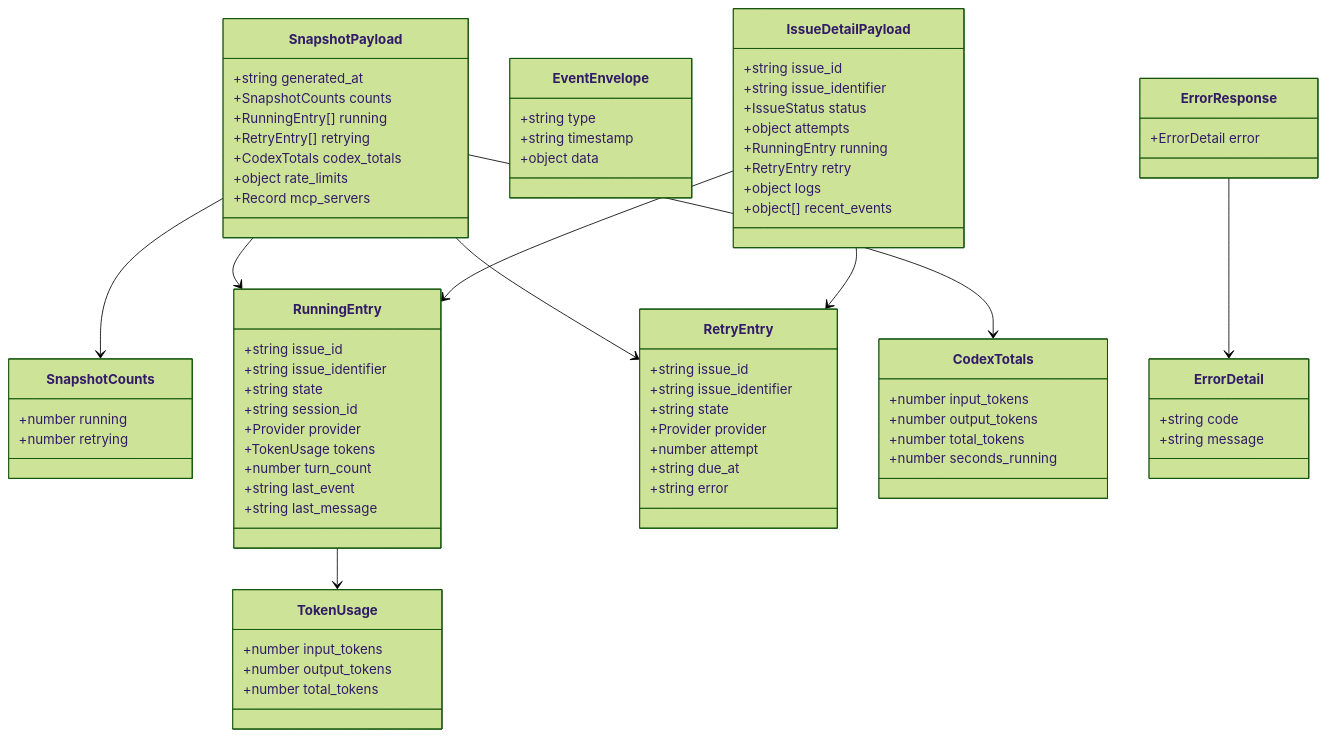
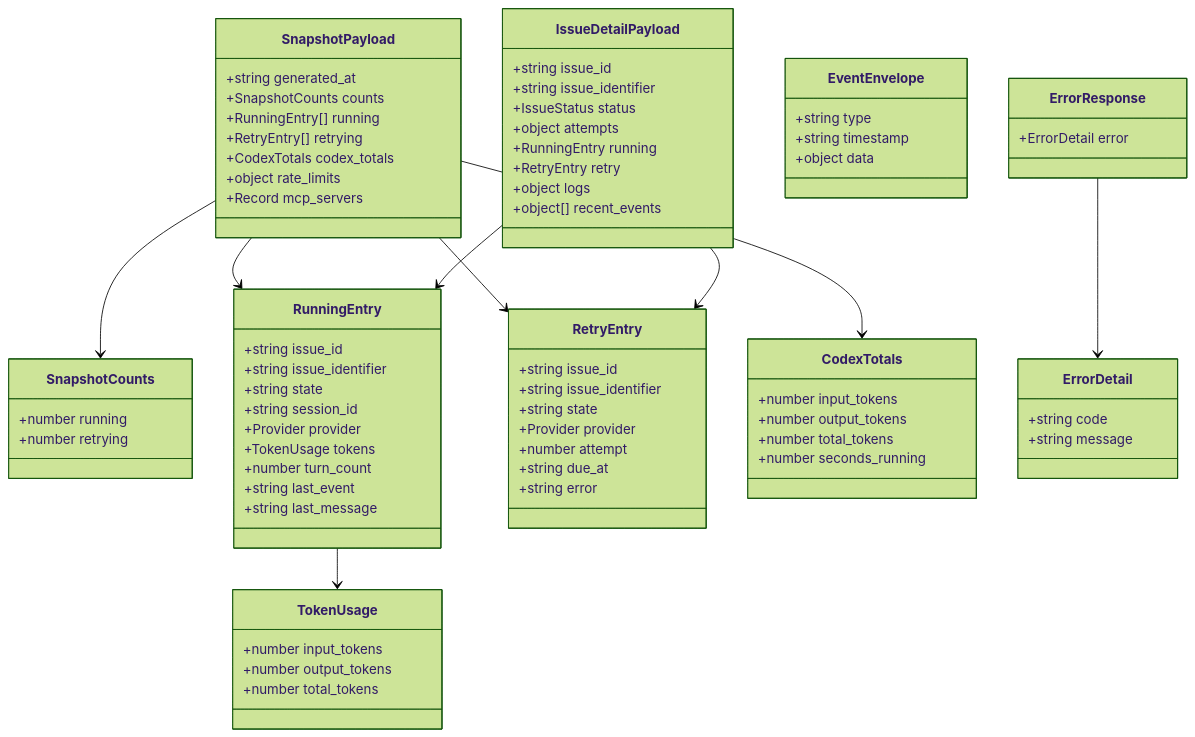
Before and after one commit to bradAGI/Orchestra: the diagram in docs/api/schemas.md, drawn with Mermaid (forest theme). The commit also changed other lines of this file and 3 other files, not shown here.

First line of the commit message:
docs: update API schemas, add JSDoc to section-error-boundary

```diff
--- a/docs/api/schemas.md
+++ b/docs/api/schemas.md
@@ -439,12 +642,6 @@
         +number total_tokens
     }
 
-    class EventEnvelope {
-        +string type
-        +string timestamp
-        +object data
-    }
-
     class IssueDetailPayload {
         +string issue_id
         +string issue_identifier
@@ -454,6 +651,12 @@
         +RetryEntry retry
         +object logs
         +object[] recent_events
+    }
+
+    class EventEnvelope {
+        +string type
+        +string timestamp
+        +object data
     }
 
     class ErrorResponse {
```
